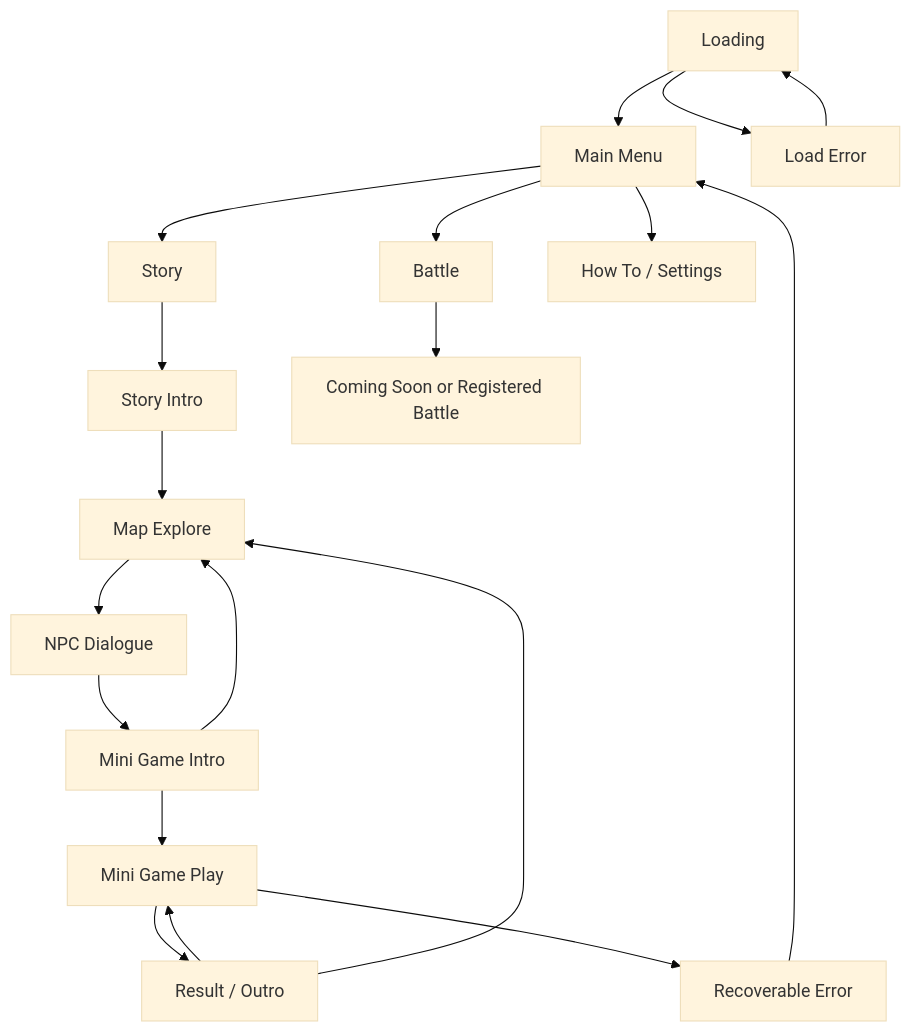
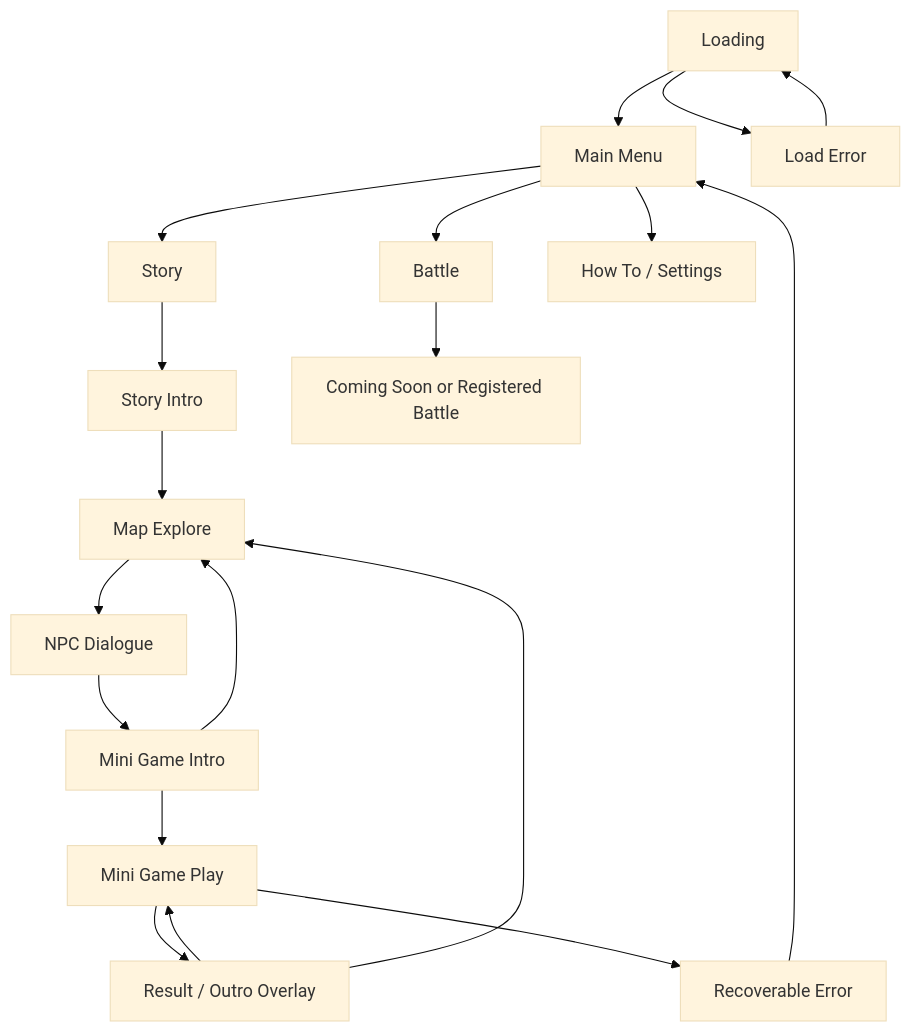
The diagram in docs/AI_CHANGE_PLAN.md (Westyoon/ai-change), drawn with Mermaid (base theme) before and after one commit. The commit also changed other lines of this file, not shown here.

````diff
--- a/docs/AI_CHANGE_PLAN.md
+++ b/docs/AI_CHANGE_PLAN.md
@@ -2710,21 +380,21 @@
 ```mermaid
 flowchart TD
     A[Loading] --> B[Main Menu]
     B --> C[Story]
     B --> D[Battle]
     B --> E[How To / Settings]
     C --> F[Story Intro]
     F --> G[Map Explore]
     G --> H[NPC Dialogue]
     H --> I[Mini Game Intro]
     I --> J[Mini Game Play]
     I --> G
-    J --> K[Result / Outro]
+    J --> K[Result / Outro Overlay]
     K --> J
     K --> G
     D --> L[Coming Soon or Registered Battle]
     A --> M[Load Error]
     J --> N[Recoverable Error]
     M --> A
     N --> B
 ```
````
